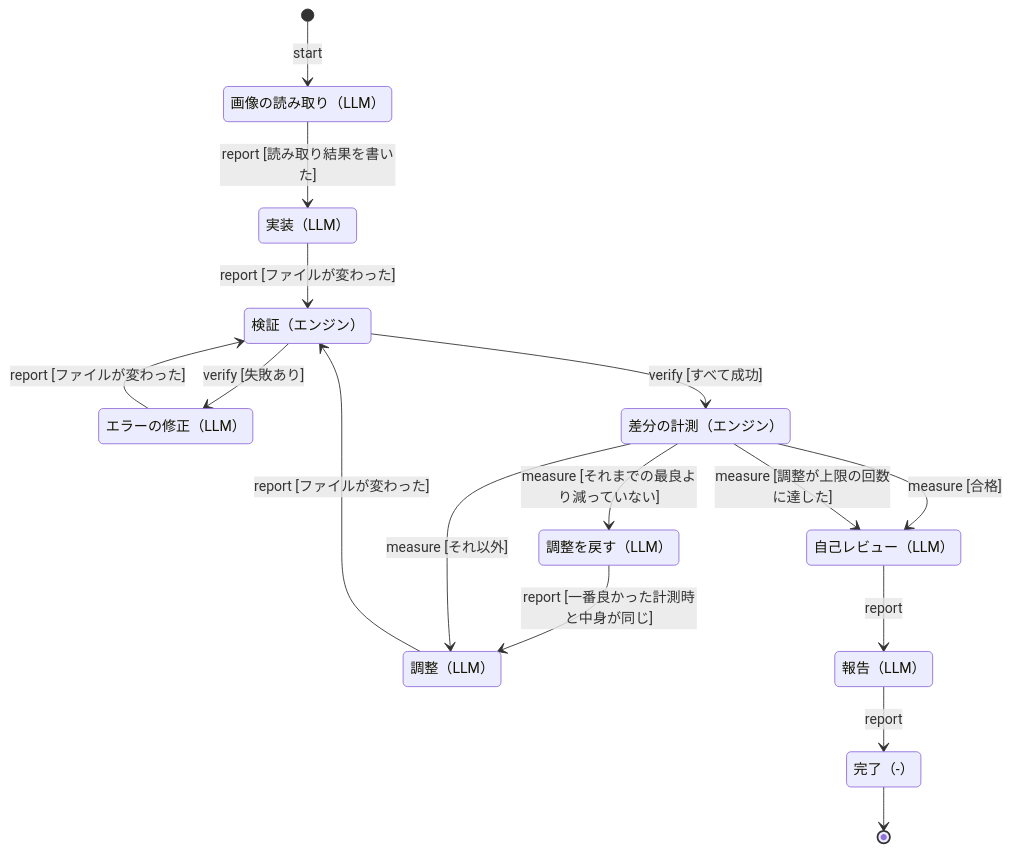
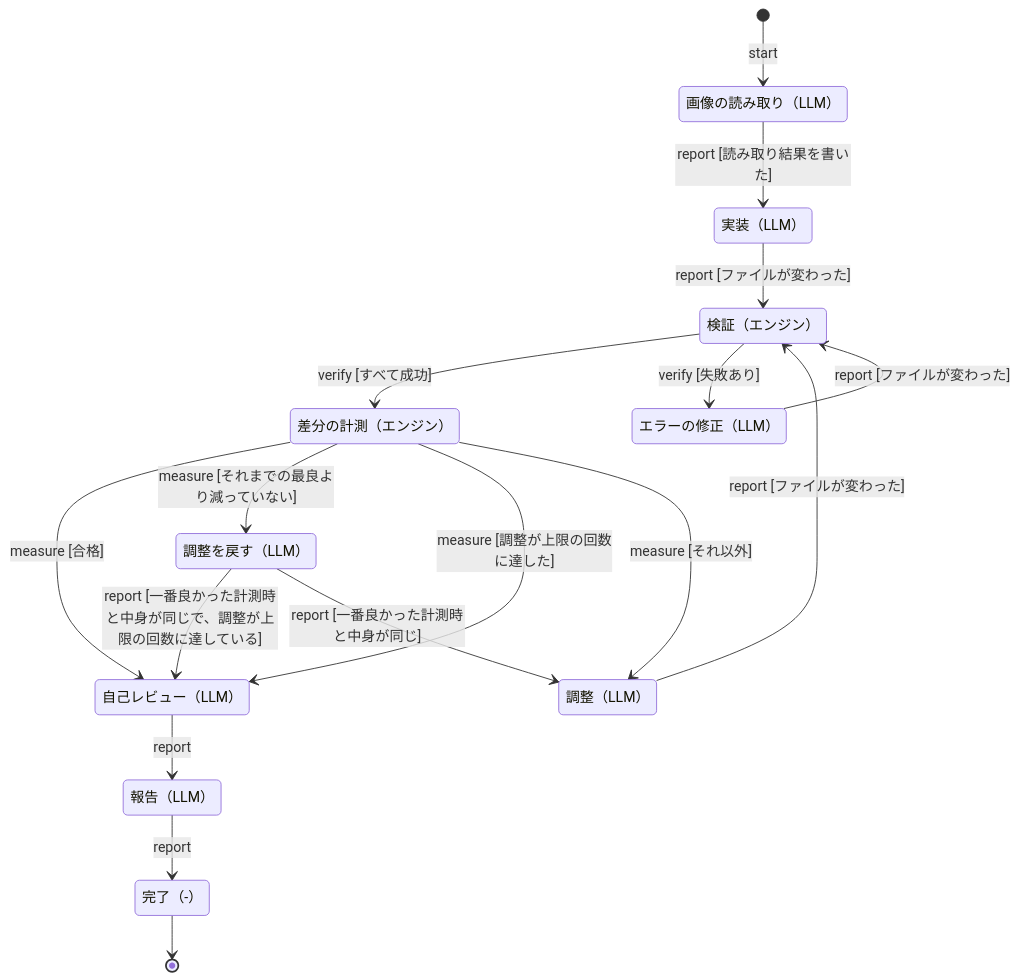
One commit to sena-m09/design-to-code changed the diagram in docs/design-flow.md. Above: the diagram before and after it, drawn with Mermaid. The commit also changed other lines of this file and 3 other files, not shown here.

First line of the commit message:
design-flow: 調整の上限に達した回で悪化していたら、一番良かった状態に戻してから打ち切る

````diff
--- a/docs/design-flow.md
+++ b/docs/design-flow.md
@@ -5,28 +5,29 @@
 ```mermaid
 stateDiagram-v2
     state "画像の読み取り（LLM）" as read
     state "実装（LLM）" as implement
     state "検証（エンジン）" as verify
     state "エラーの修正（LLM）" as fix
     state "差分の計測（エンジン）" as measure
     state "調整（LLM）" as adjust
     state "調整を戻す（LLM）" as revert
     state "自己レビュー（LLM）" as review
     state "報告（LLM）" as report
     state "完了（-）" as done
     [*] --> read: start
     read --> implement: report [読み取り結果を書いた]
     implement --> verify: report [ファイルが変わった]
     fix --> verify: report [ファイルが変わった]
     adjust --> verify: report [ファイルが変わった]
+    revert --> review: report [一番良かった計測時と中身が同じで、調整が上限の回数に達している]
     revert --> adjust: report [一番良かった計測時と中身が同じ]
     review --> report: report
     report --> done: report
     verify --> measure: verify [すべて成功]
     verify --> fix: verify [失敗あり]
     measure --> review: measure [合格]
+    measure --> revert: measure [それまでの最良より減っていない]
     measure --> review: measure [調整が上限の回数に達した]
-    measure --> revert: measure [それまでの最良より減っていない]
     measure --> adjust: measure [それ以外]
     done --> [*]
 ```
````
